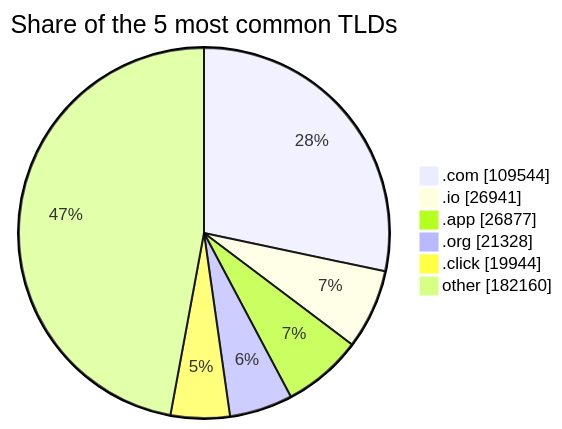
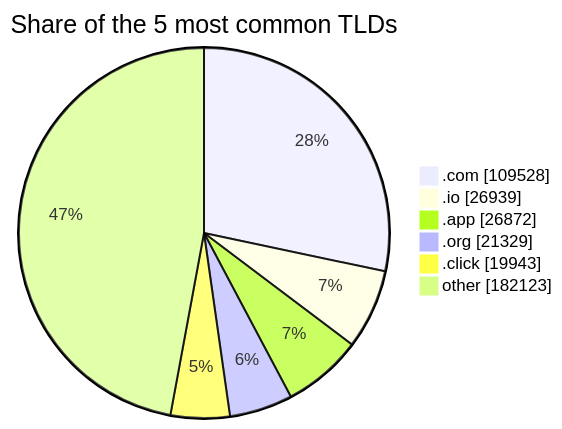
The third of 3 diagrams in README.md (DNSBunker/CTI), drawn with Mermaid before and after one commit. The commit also changed other lines of this file and 3 other files, not shown here.

````diff
--- a/README.md
+++ b/README.md
@@ -81,9 +81,9 @@
 ```mermaid
 pie showData title Share of the 5 most common TLDs
-    ".com" : 109544
-    ".io" : 26941
-    ".app" : 26877
-    ".org" : 21328
-    ".click" : 19944
-    "other" : 182160
+    ".com" : 109528
+    ".io" : 26939
+    ".app" : 26872
+    ".org" : 21329
+    ".click" : 19943
+    "other" : 182123
 ```
````
